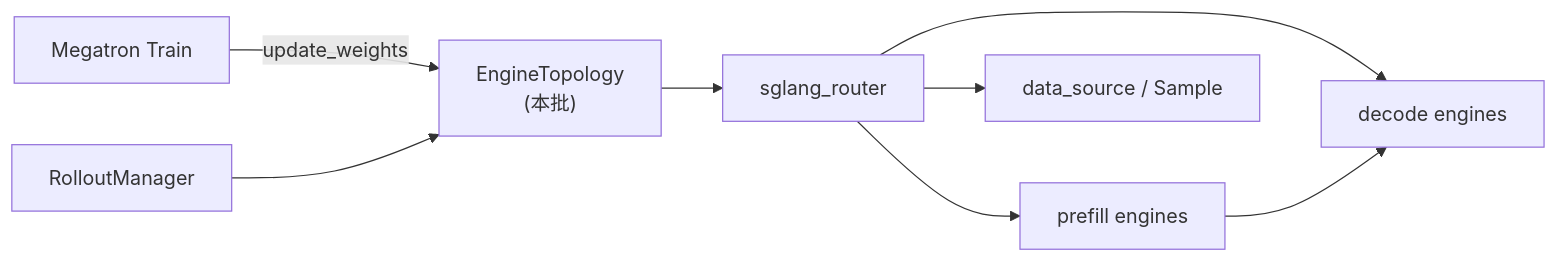
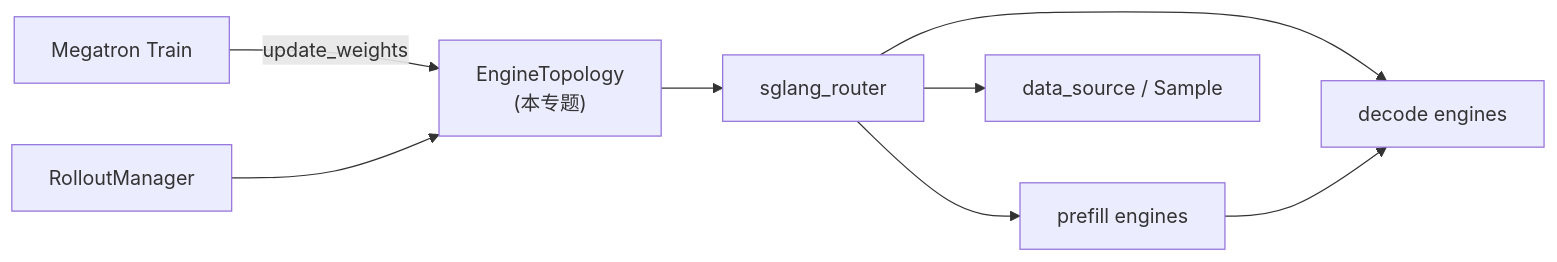
One commit to OnlyHero5/ai-infra-reading-vault changed the diagram in slime_reading/03-Rollout生成/09-EngineTopology/09-EngineTopology-01-核心概念.md. Above: the diagram before and after it, drawn with Mermaid. The commit also changed other lines of this file and 421 other files, not shown here.

````diff
--- a/slime_reading/03-Rollout生成/09-EngineTopology/09-EngineTopology-01-核心概念.md
+++ b/slime_reading/03-Rollout生成/09-EngineTopology/09-EngineTopology-01-核心概念.md
@@ -24,18 +24,18 @@
 ```mermaid
 flowchart LR
     TM["Megatron Train"]
     RM["RolloutManager"]
-    TOP["EngineTopology<br/>(本批)"]
+    TOP["EngineTopology<br/>(本专题)"]
     RT["sglang_router"]
     P["prefill engines"]
     D["decode engines"]
     DS["data_source / Sample"]
 
     TM -->|"update_weights"| TOP
     RM --> TOP
     TOP --> RT
     RT --> P
     RT --> D
     P --> D
     RT --> DS
 ```
````
